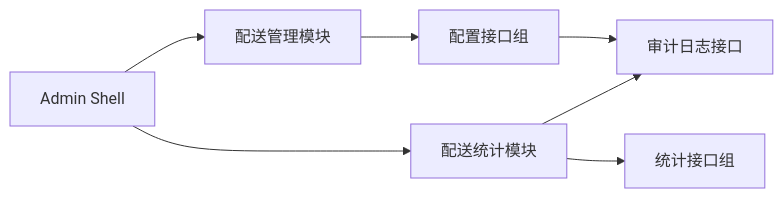
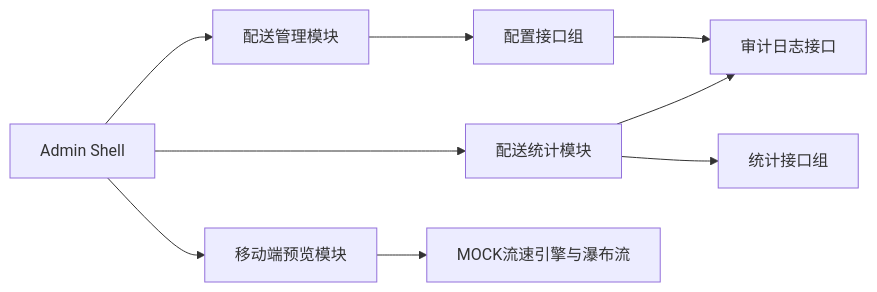
One commit to sdvegeta/gjhadmin changed the diagram in docs/运营后台_Spec.md. Above: the diagram before and after it, drawn with Mermaid. The commit also changed other lines of this file and 15 other files, not shown here.

````diff
--- a/docs/运营后台_Spec.md
+++ b/docs/运营后台_Spec.md
@@ -9,9 +9,11 @@
 ```mermaid
 flowchart LR
     A["Admin Shell"] --> B["配送管理模块"]
     A --> C["配送统计模块"]
-    B --> D["配置接口组"]
-    C --> E["统计接口组"]
-    D --> F["审计日志接口"]
-    C --> F
+    A --> D["移动端预览模块"]
+    B --> E["配置接口组"]
+    C --> F["统计接口组"]
+    D --> G["MOCK流速引擎与瀑布流"]
+    E --> H["审计日志接口"]
+    C --> H
 ```
````
